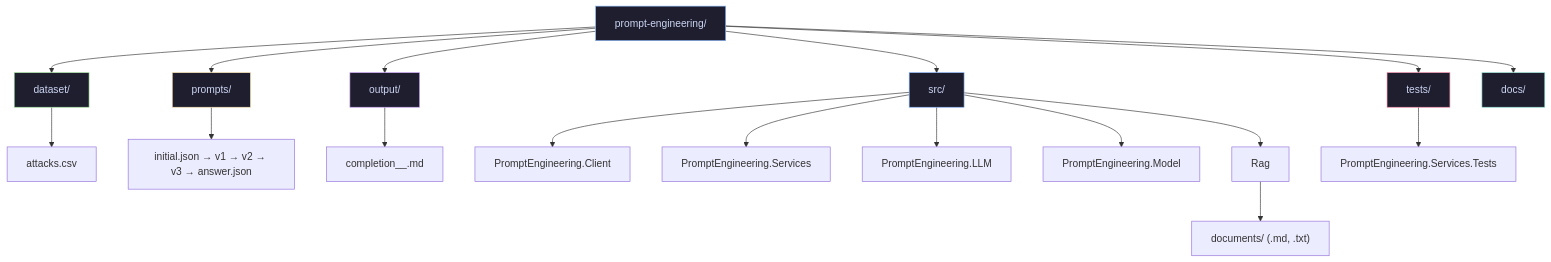
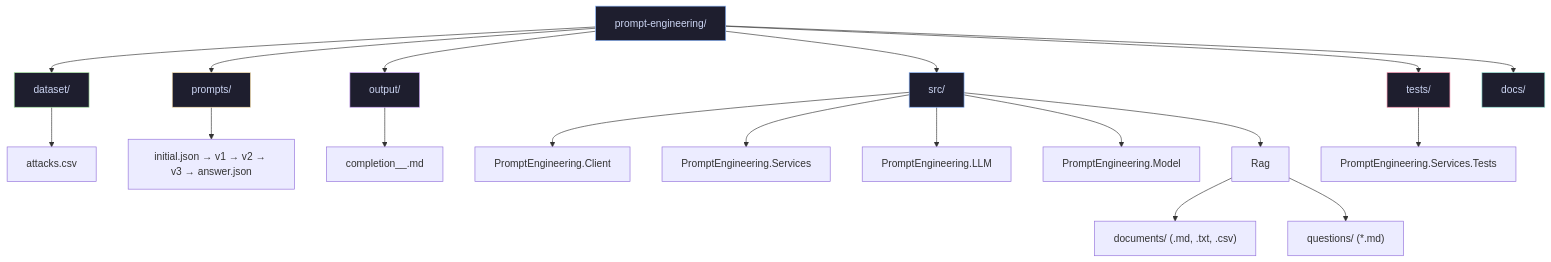
The diagram in docs/repository-structure.md (AntonRyzhkou1988/prompt-engineering), drawn with Mermaid before and after one commit. The commit also changed other lines of this file and 24 other files, not shown here.

````diff
--- a/docs/repository-structure.md
+++ b/docs/repository-structure.md
@@ -32,34 +36,35 @@
 ```mermaid
 graph TD
     ROOT["prompt-engineering/"]
 
     ROOT --> DATASET["dataset/"]
     ROOT --> PROMPTS["prompts/"]
     ROOT --> OUTPUT["output/"]
     ROOT --> SRC["src/"]
     ROOT --> TESTS["tests/"]
     ROOT --> DOCS["docs/"]
 
     DATASET --> DS_FILE["attacks.csv"]
 
     PROMPTS --> P_SEQ["initial.json → v1 → v2 → v3 → answer.json"]
 
     OUTPUT --> OUT_FILE["completion_<stem>_<timestamp>.md"]
 
     SRC --> CLIENT["PromptEngineering.Client"]
     SRC --> SERVICES["PromptEngineering.Services"]
     SRC --> LLM["PromptEngineering.LLM"]
     SRC --> MODEL["PromptEngineering.Model"]
     SRC --> RAG["Rag"]
-    RAG --> RAG_DOCS["documents/ (.md, .txt)"]
+    RAG --> RAG_DOCS["documents/ (.md, .txt, .csv)"]
+    RAG --> RAG_Q["questions/ (*.md)"]
 
     TESTS --> TEST_PROJ["PromptEngineering.Services.Tests"]
 
     style ROOT fill:#1e1e2e,color:#cdd6f4,stroke:#89b4fa
     style DATASET fill:#1e1e2e,color:#cdd6f4,stroke:#a6e3a1
     style PROMPTS fill:#1e1e2e,color:#cdd6f4,stroke:#f9e2af
     style OUTPUT fill:#1e1e2e,color:#cdd6f4,stroke:#cba6f7
     style SRC fill:#1e1e2e,color:#cdd6f4,stroke:#89b4fa
     style TESTS fill:#1e1e2e,color:#cdd6f4,stroke:#f38ba8
     style DOCS fill:#1e1e2e,color:#cdd6f4,stroke:#94e2d5
 ```
````
